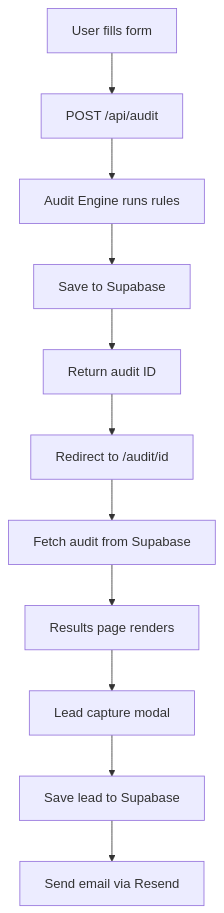
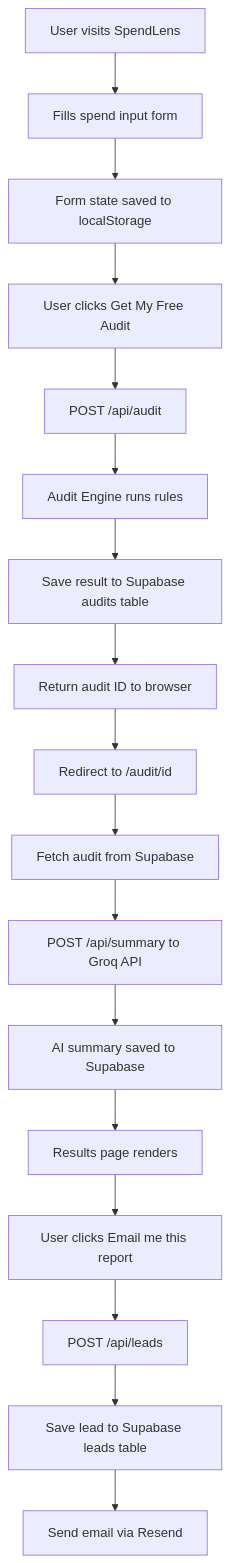
The diagram in ARCHITECTURE.md (rahul-singh011/ai-spend-audit), drawn with Mermaid before and after one commit. The commit also changed other lines of this file and 14 other files, not shown here.

````diff
--- a/ARCHITECTURE.md
+++ b/ARCHITECTURE.md
@@ -5,13 +5,19 @@
 ```mermaid
 graph TD
-    A[User fills form] --> B[POST /api/audit]
-    B --> C[Audit Engine runs rules]
-    C --> D[Save to Supabase]
-    D --> E[Return audit ID]
-    E --> F[Redirect to /audit/id]
-    F --> G[Fetch audit from Supabase]
-    G --> H[Results page renders]
-    H --> I[Lead capture modal]
-    I --> J[Save lead to Supabase]
-    J --> K[Send email via Resend]
+    A[User visits SpendLens] --> B[Fills spend input form]
+    B --> C[Form state saved to localStorage]
+    C --> D[User clicks Get My Free Audit]
+    D --> E[POST /api/audit]
+    E --> F[Audit Engine runs rules]
+    F --> G[Save result to Supabase audits table]
+    G --> H[Return audit ID to browser]
+    H --> I[Redirect to /audit/id]
+    I --> J[Fetch audit from Supabase]
+    J --> K[POST /api/summary to Groq API]
+    K --> L[AI summary saved to Supabase]
+    L --> M[Results page renders]
+    M --> N[User clicks Email me this report]
+    N --> O[POST /api/leads]
+    O --> P[Save lead to Supabase leads table]
+    P --> Q[Send email via Resend]
 ```
````
